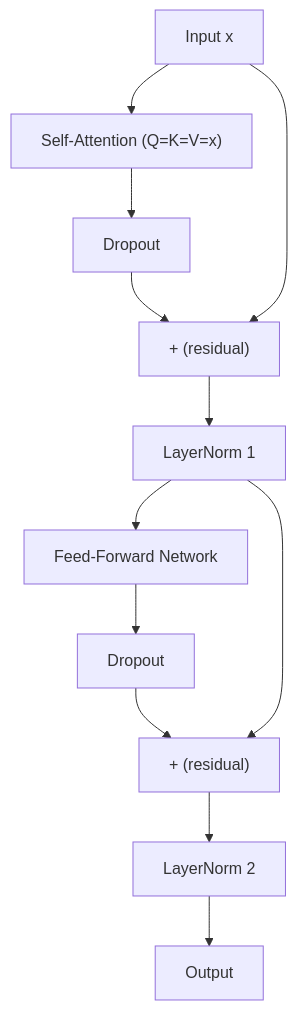
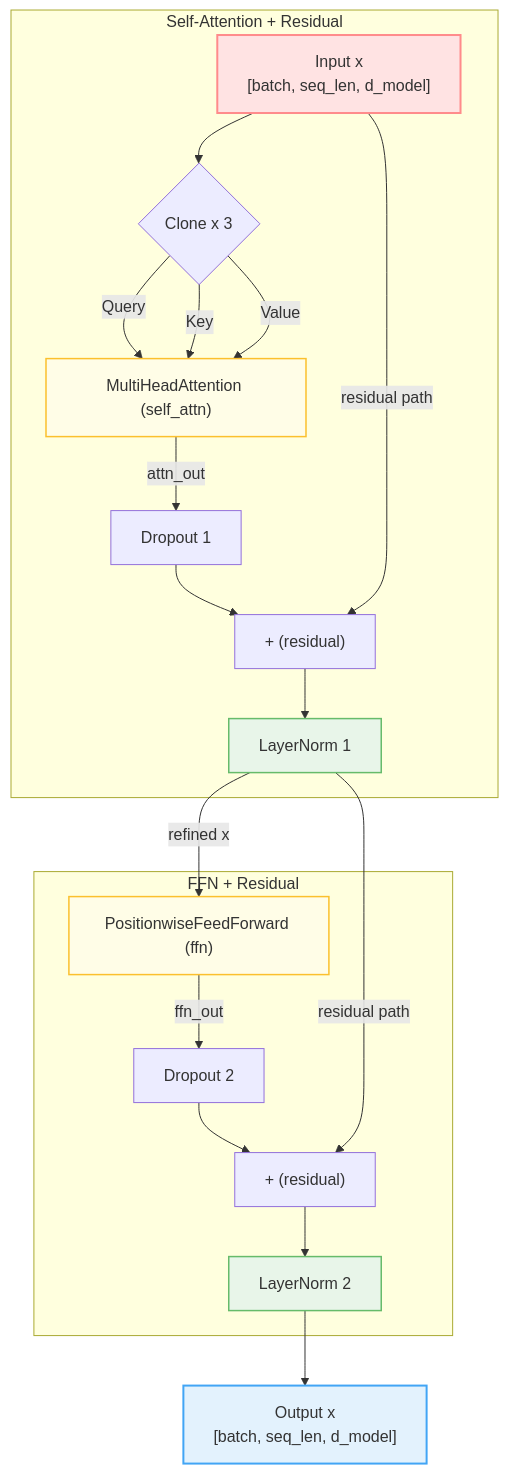
Before and after one commit to padiac/padiac.github.io: the third of 5 diagrams in notes/llm-transformer-from-scratch-architecture-and-pytorch-implementation.md, drawn with Mermaid. The commit also changed other lines of this file, not shown here.

Commit message:
update: restore full mermaid diagrams with subgraphs, colors, and edge labels

````diff
--- a/notes/llm-transformer-from-scratch-architecture-and-pytorch-implementation.md
+++ b/notes/llm-transformer-from-scratch-architecture-and-pytorch-implementation.md
@@ -133,14 +155,31 @@
 ```mermaid
 graph TD
-    X["Input x"] --> SA["Self-Attention (Q=K=V=x)"]
-    SA --> D1["Dropout"]
-    D1 --> Add1["+ (residual)"]
-    X --> Add1
-    Add1 --> LN1["LayerNorm 1"]
-    LN1 --> FFN["Feed-Forward Network"]
-    FFN --> D2["Dropout"]
-    D2 --> Add2["+ (residual)"]
-    LN1 --> Add2
-    Add2 --> LN2["LayerNorm 2"]
-    LN2 --> Out["Output"]
+    Input["Input x <br> [batch, seq_len, d_model]"] --> SplitX{"Clone x 3"}
+
+    subgraph SelfAttentionBlock ["Self-Attention + Residual"]
+        SplitX -->|Query| MHA["MultiHeadAttention (self_attn)"]
+        SplitX -->|Key| MHA
+        SplitX -->|Value| MHA
+        MHA -->|attn_out| Dropout1["Dropout 1"]
+        Dropout1 --> Add1["+ (residual)"]
+        Input -->|residual path| Add1
+        Add1 --> LN1["LayerNorm 1"]
+    end
+
+    subgraph FFNBlock ["FFN + Residual"]
+        LN1 -->|refined x| FFN["PositionwiseFeedForward (ffn)"]
+        FFN -->|ffn_out| Dropout2["Dropout 2"]
+        Dropout2 --> Add2["+ (residual)"]
+        LN1 -->|residual path| Add2
+        Add2 --> LN2["LayerNorm 2"]
+    end
+
+    LN2 --> Output["Output x <br> [batch, seq_len, d_model]"]
+
+    style Input fill:#ffe3e3,stroke:#ff8b8b,stroke-width:2px
+    style Output fill:#e3f2fd,stroke:#42a5f5,stroke-width:2px
+    style MHA fill:#fffde7,stroke:#fbc02d,stroke-width:1.5px
+    style FFN fill:#fffde7,stroke:#fbc02d,stroke-width:1.5px
+    style LN1 fill:#e8f5e9,stroke:#66bb6a,stroke-width:1.5px
+    style LN2 fill:#e8f5e9,stroke:#66bb6a,stroke-width:1.5px
 ```
````
